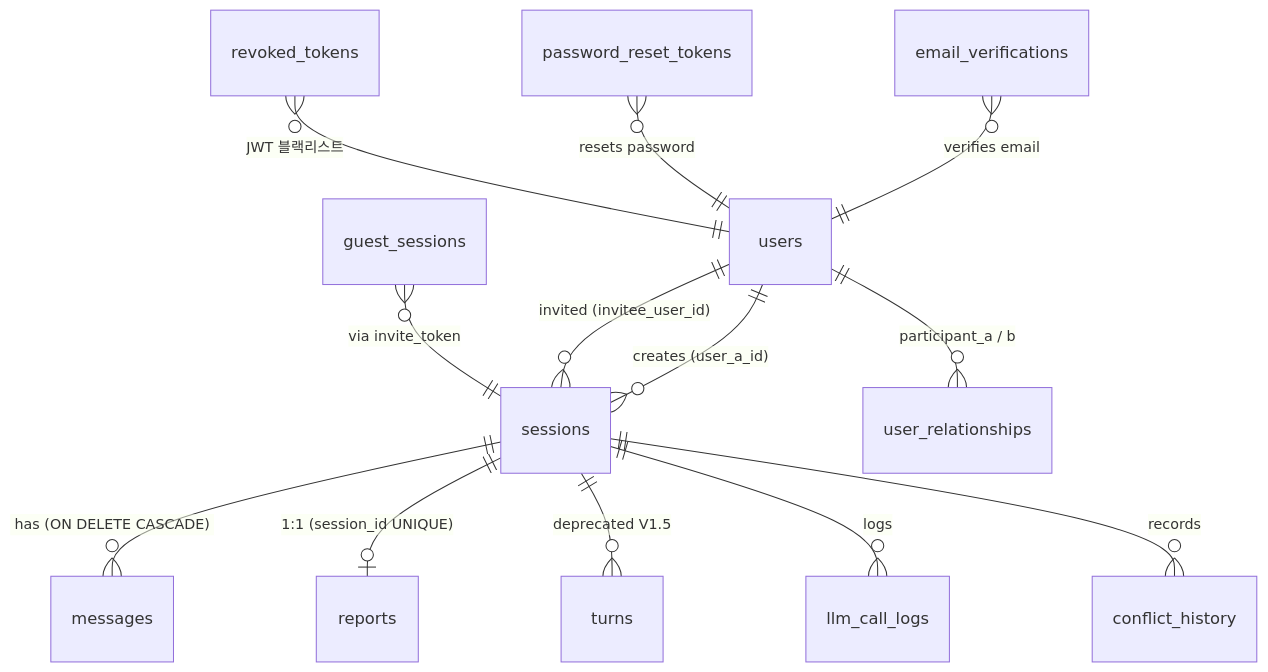
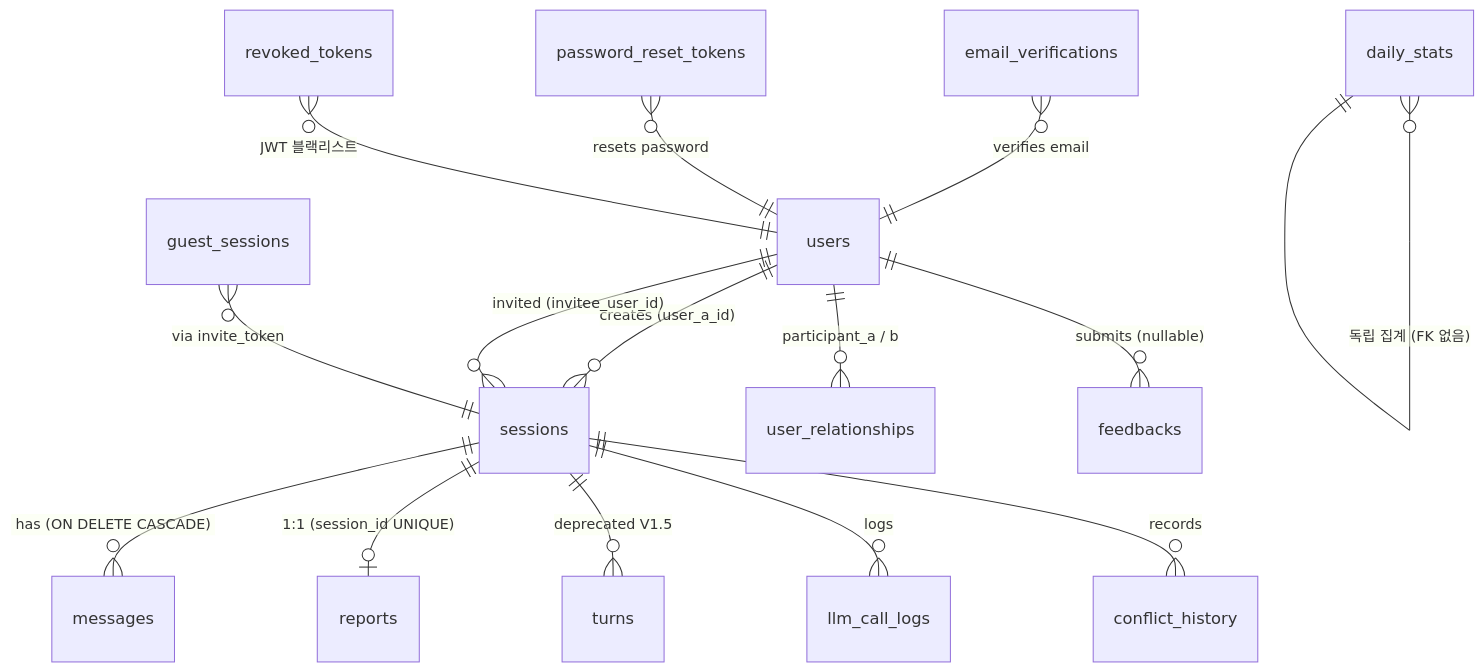
Before and after one commit to Justant-source/Again-Spring: the second of 2 diagrams in shared/docs/api/database-schema.md, drawn with Mermaid. The commit also changed other lines of this file and 33 other files, not shown here.

````diff
--- a/shared/docs/api/database-schema.md
+++ b/shared/docs/api/database-schema.md
@@ -67,15 +92,17 @@
 ```mermaid
 erDiagram
     users ||--o{ sessions : "creates (user_a_id)"
     users ||--o{ sessions : "invited (invitee_user_id)"
     sessions ||--o{ messages : "has (ON DELETE CASCADE)"
     sessions ||--o| reports : "1:1 (session_id UNIQUE)"
     sessions ||--o{ turns : "deprecated V1.5"
     sessions ||--o{ llm_call_logs : "logs"
     sessions ||--o{ conflict_history : "records"
     users ||--o{ user_relationships : "participant_a / b"
+    users ||--o{ feedbacks : "submits (nullable)"
+    daily_stats }o--|| daily_stats : "독립 집계 (FK 없음)"
     guest_sessions }o--|| sessions : "via invite_token"
     email_verifications }o--|| users : "verifies email"
     password_reset_tokens }o--|| users : "resets password"
     revoked_tokens }o--|| users : "JWT 블랙리스트"
 ```
````
